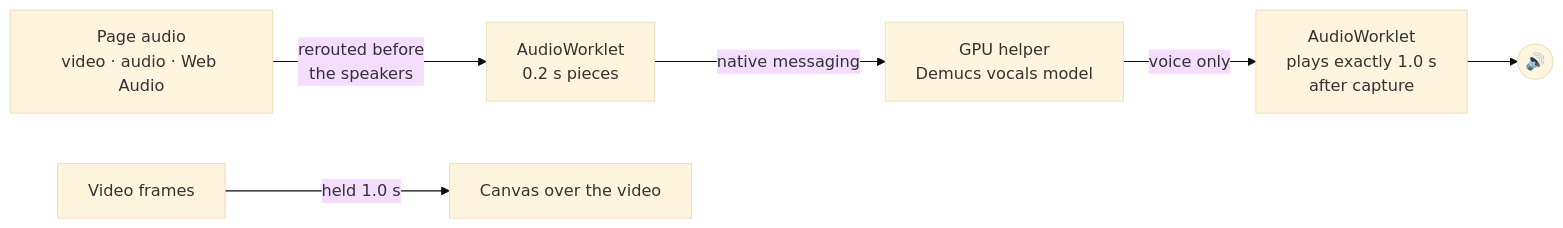
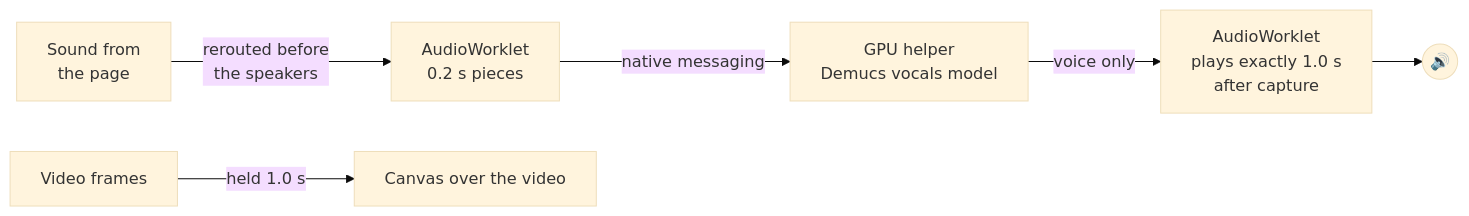
One commit to kaiserkonok/haram-blocker changed the diagram in README.md. Above: the diagram before and after it, drawn with Mermaid (base theme).

Commit message:
Simplify flowchart label

````diff
--- a/README.md
+++ b/README.md
@@ -76,8 +76,8 @@
 ```mermaid
 flowchart LR
-    A["Page audio<br/>video · audio · Web Audio"] -->|rerouted before<br/>the speakers| B["AudioWorklet<br/>0.2 s pieces"]
+    A["Sound from<br/>the page"] -->|rerouted before<br/>the speakers| B["AudioWorklet<br/>0.2 s pieces"]
     B -->|native messaging| C["GPU helper<br/>Demucs vocals model"]
     C -->|voice only| D["AudioWorklet<br/>plays exactly 1.0 s<br/>after capture"]
     D --> E(("🔊"))
     F["Video frames"] -->|held 1.0 s| G["Canvas over the video"]
 ```
````
